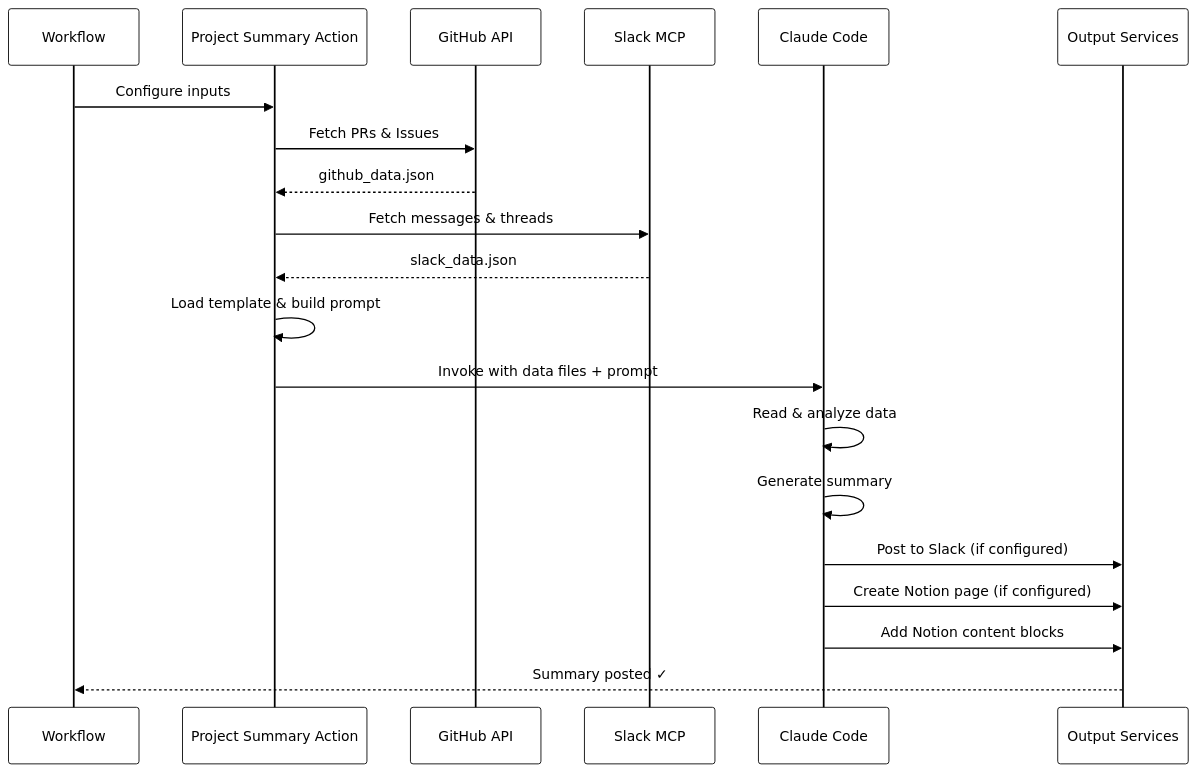
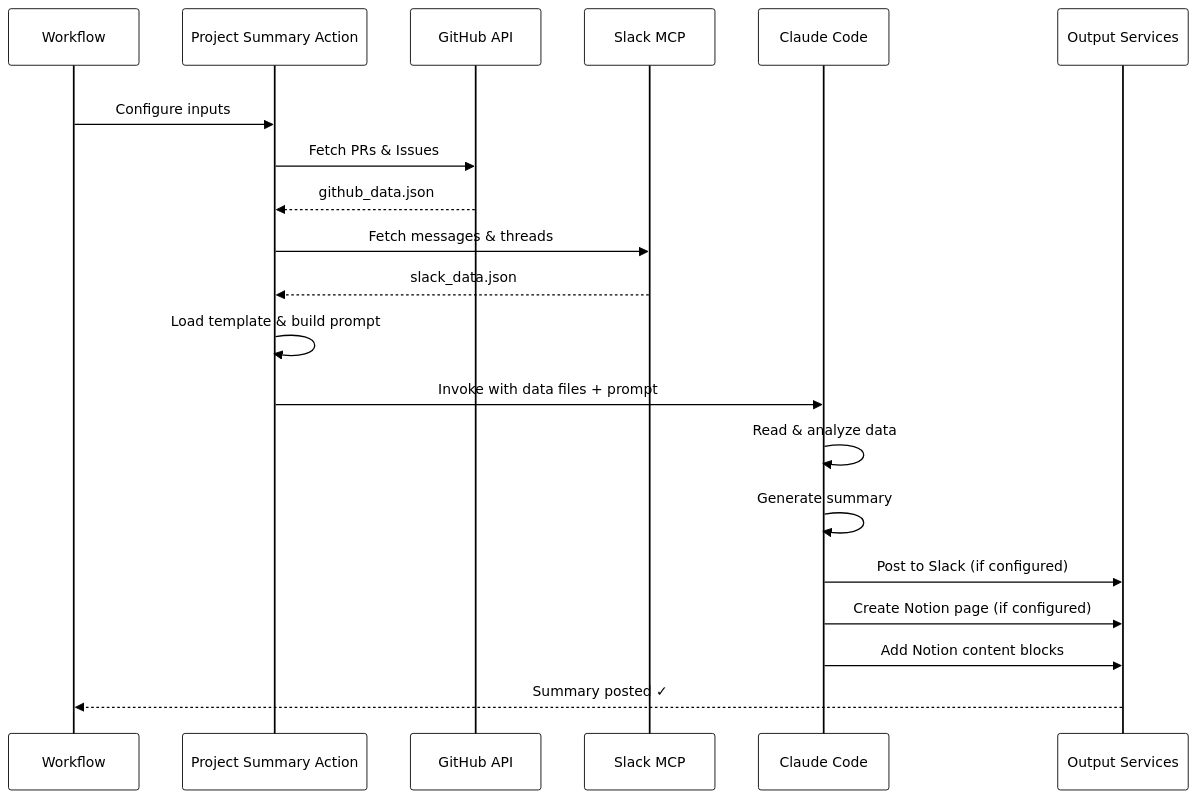
Before and after one commit to nakamasato/claude-code-actions: the second of 2 diagrams in project-summary/README.md, drawn with Mermaid. The commit also changed other lines of this file, not shown here.

First line of the commit message:
fix: add explicit white background to entire diagrams

````diff
--- a/project-summary/README.md
+++ b/project-summary/README.md
@@ -114,28 +117,30 @@
 ```mermaid
 %%{init: {'theme':'default', 'themeVariables': { 'darkMode':'false', 'primaryColor':'#fff', 'primaryTextColor':'#000', 'primaryBorderColor':'#000', 'lineColor':'#000', 'secondaryColor':'#f0f0f0', 'tertiaryColor':'#fff', 'background':'#ffffff', 'mainBkg':'#ffffff', 'secondBkg':'#f0f0f0', 'noteBkgColor':'#fff3cd', 'noteTextColor':'#000', 'noteBorderColor':'#000', 'actorBkg':'#ffffff', 'actorBorder':'#000', 'actorTextColor':'#000', 'actorLineColor':'#000', 'signalColor':'#000', 'signalTextColor':'#000', 'labelBoxBkgColor':'#ffffff', 'labelTextColor':'#000', 'loopTextColor':'#000', 'activationBkgColor':'#f0f0f0', 'activationBorderColor':'#000', 'sequenceNumberColor':'#000'}}}%%
 sequenceDiagram
     participant User as Workflow
     participant Action as Project Summary Action
     participant GH as GitHub API
     participant Slack as Slack MCP
     participant Claude as Claude Code
     participant Out as Output Services
 
+    rect rgb(255, 255, 255)
     User->>Action: Configure inputs
     Action->>GH: Fetch PRs & Issues
     GH-->>Action: github_data.json
     Action->>Slack: Fetch messages & threads
     Slack-->>Action: slack_data.json
 
     Action->>Action: Load template & build prompt
 
     Action->>Claude: Invoke with data files + prompt
     Claude->>Claude: Read & analyze data
     Claude->>Claude: Generate summary
 
     Claude->>Out: Post to Slack (if configured)
     Claude->>Out: Create Notion page (if configured)
     Claude->>Out: Add Notion content blocks
 
     Out-->>User: Summary posted ✓
+    end
 ```
````
